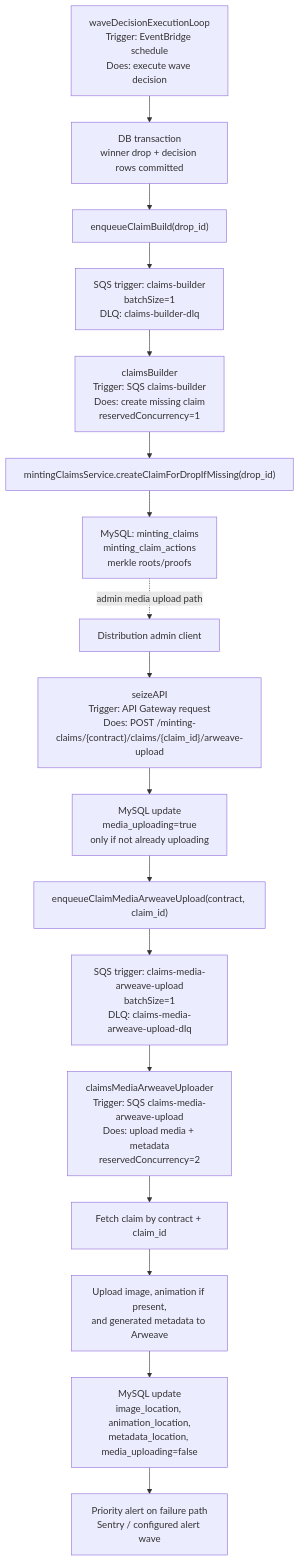
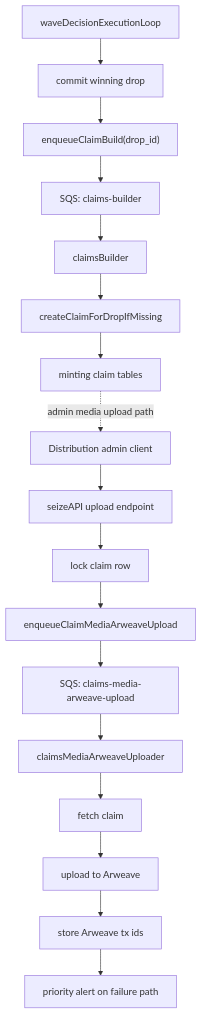
The second of 2 diagrams in docs/architecture.md (6529-Collections/6529seize-backend), drawn with Mermaid before and after one commit. The commit also changed other lines of this file, not shown here.

````diff
--- a/docs/architecture.md
+++ b/docs/architecture.md
@@ -282,21 +229,21 @@
 ```mermaid
 %%{init: {"flowchart": {"nodeSpacing": 24, "rankSpacing": 44, "curve": "basis"}} }%%
 flowchart TD
-  WaveDecision["waveDecisionExecutionLoop<br/>Trigger: EventBridge schedule<br/>Does: execute wave decision"] --> DecisionTx["DB transaction<br/>winner drop + decision rows committed"]
+  WaveDecision["waveDecisionExecutionLoop"] --> DecisionTx["commit winning drop"]
   DecisionTx --> ClaimBuildPublisher["enqueueClaimBuild(drop_id)"]
-  ClaimBuildPublisher --> ClaimsBuilderSqs["SQS trigger: claims-builder<br/>batchSize=1<br/>DLQ: claims-builder-dlq"]
-  ClaimsBuilderSqs --> ClaimsBuilder["claimsBuilder<br/>Trigger: SQS claims-builder<br/>Does: create missing claim<br/>reservedConcurrency=1"]
-  ClaimsBuilder --> MintingClaimsService["mintingClaimsService.createClaimForDropIfMissing(drop_id)"]
-  MintingClaimsService --> MintingClaimsTable["MySQL: minting_claims<br/>minting_claim_actions<br/>merkle roots/proofs"]
+  ClaimBuildPublisher --> ClaimsBuilderSqs["SQS: claims-builder"]
+  ClaimsBuilderSqs --> ClaimsBuilder["claimsBuilder"]
+  ClaimsBuilder --> MintingClaimsService["createClaimForDropIfMissing"]
+  MintingClaimsService --> MintingClaimsTable["minting claim tables"]
 
   MintingClaimsTable -. "admin media upload path" .-> AdminClient["Distribution admin client"]
-  AdminClient --> UploadEndpoint["seizeAPI<br/>Trigger: API Gateway request<br/>Does: POST /minting-claims/{contract}/claims/{claim_id}/arweave-upload"]
-  UploadEndpoint --> UploadLock["MySQL update<br/>media_uploading=true<br/>only if not already uploading"]
-  UploadLock --> MediaPublisher["enqueueClaimMediaArweaveUpload(contract, claim_id)"]
-  MediaPublisher --> MediaSqs["SQS trigger: claims-media-arweave-upload<br/>batchSize=1<br/>DLQ: claims-media-arweave-upload-dlq"]
-  MediaSqs --> MediaUploader["claimsMediaArweaveUploader<br/>Trigger: SQS claims-media-arweave-upload<br/>Does: upload media + metadata<br/>reservedConcurrency=2"]
-  MediaUploader --> FetchClaim["Fetch claim by contract + claim_id"]
-  FetchClaim --> ArweaveUpload["Upload image, animation if present,<br/>and generated metadata to Arweave"]
-  ArweaveUpload --> UpdateClaim["MySQL update<br/>image_location, animation_location,<br/>metadata_location, media_uploading=false"]
-  UpdateClaim --> PriorityAlert["Priority alert on failure path<br/>Sentry / configured alert wave"]
+  AdminClient --> UploadEndpoint["seizeAPI upload endpoint"]
+  UploadEndpoint --> UploadLock["lock claim row"]
+  UploadLock --> MediaPublisher["enqueueClaimMediaArweaveUpload"]
+  MediaPublisher --> MediaSqs["SQS: claims-media-arweave-upload"]
+  MediaSqs --> MediaUploader["claimsMediaArweaveUploader"]
+  MediaUploader --> FetchClaim["fetch claim"]
+  FetchClaim --> ArweaveUpload["upload to Arweave"]
+  ArweaveUpload --> UpdateClaim["store Arweave tx ids"]
+  UpdateClaim --> PriorityAlert["priority alert on failure path"]
 ```
````
